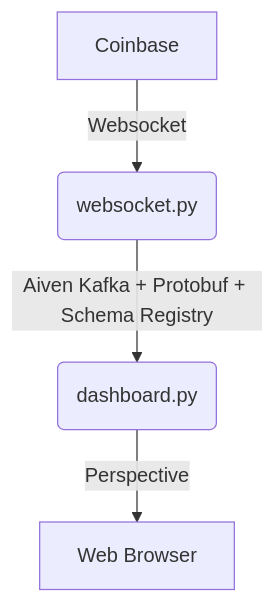
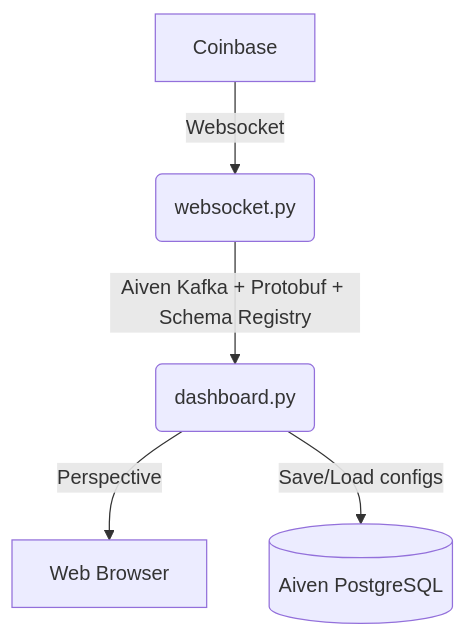
The diagram in 03_aiven/README.md (0x26res/beavers-examples), drawn with Mermaid before and after one commit. The commit also changed other lines of this file, not shown here.

````diff
--- a/03_aiven/README.md
+++ b/03_aiven/README.md
@@ -16,6 +16,7 @@
 ```mermaid
 flowchart TD
     A[Coinbase] -->|Websocket| B(websocket.py)
     B -->|Aiven Kafka + Protobuf + Schema Registry| C(dashboard.py)
     C -->|Perspective| D[Web Browser]
+    C -->|Save/Load configs| E[(Aiven PostgreSQL)]
 ```
````
